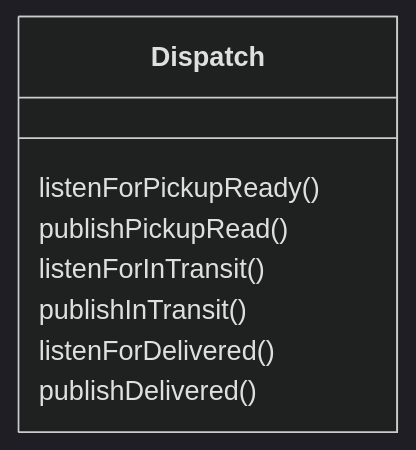
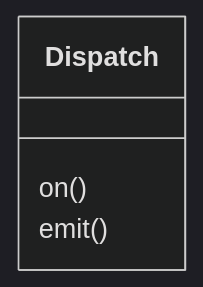
Before and after one commit to rmccrear/11-events-delivery-driver: the third of 3 diagrams in README.md, drawn with Mermaid (dark theme). The commit also changed 7 other files, not shown here.

````diff
--- a/README.md
+++ b/README.md
@@ -100,11 +100,7 @@
 ```mermaid
 classDiagram
     class Dispatch{
-        listenForPickupReady()
-        publishPickupRead()
-        listenForInTransit()
-        publishInTransit()
-        listenForDelivered()
-        publishDelivered()
+        on()
+        emit()
     }
 ```
````
